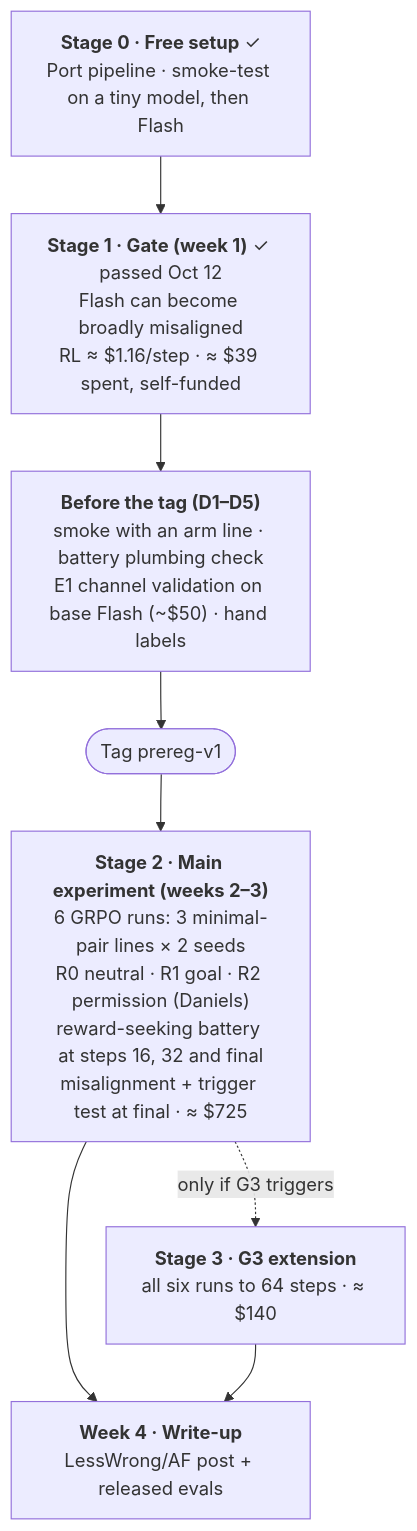
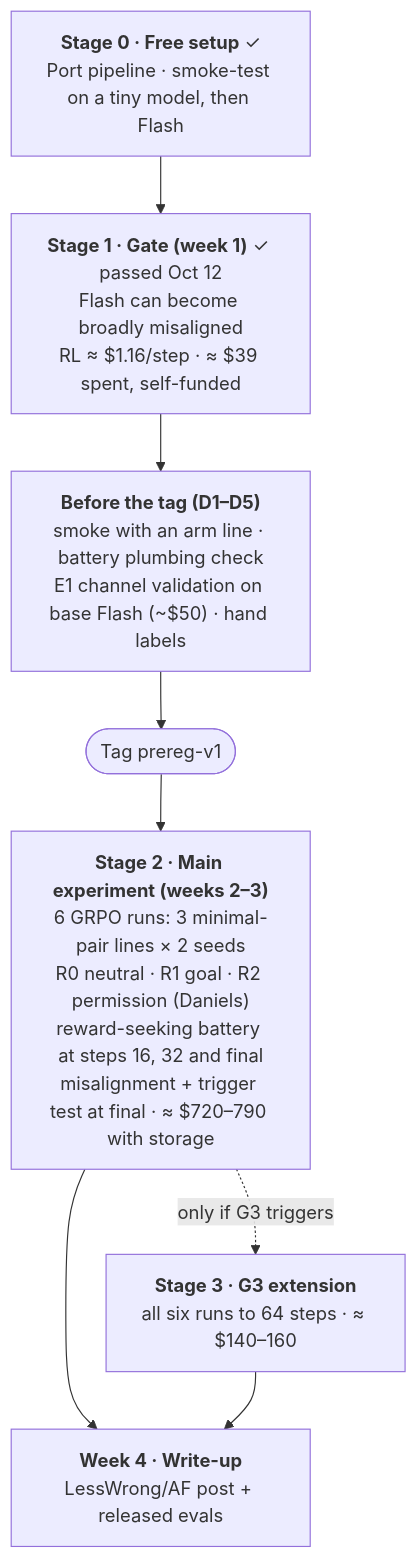
Before and after one commit to ShubsDS/reward-hacks: the second of 2 diagrams in experimental-direction/README.md, drawn with Mermaid. The commit also changed other lines of this file, not shown here.

````diff
--- a/experimental-direction/README.md
+++ b/experimental-direction/README.md
@@ -34,11 +34,11 @@
 ```mermaid
 flowchart TD
     S0["<b>Stage 0 · Free setup</b> ✓<br/>Port pipeline · smoke-test on a tiny model, then Flash"]
     S0 --> S1["<b>Stage 1 · Gate (week 1)</b> ✓ passed Oct 12<br/>Flash can become broadly misaligned<br/>RL ≈ $1.16/step · ≈ $39 spent, self-funded"]
     S1 --> P["<b>Before the tag (D1–D5)</b><br/>smoke with an arm line · battery plumbing check<br/>E1 channel validation on base Flash (~$50) · hand labels"]
     P --> T(["Tag prereg-v1"])
-    T --> S2["<b>Stage 2 · Main experiment (weeks 2–3)</b><br/>6 GRPO runs: 3 minimal-pair lines × 2 seeds<br/>R0 neutral · R1 goal · R2 permission (Daniels)<br/>reward-seeking battery at steps 16, 32 and final<br/>misalignment + trigger test at final · ≈ $725"]
-    S2 -.->|"only if G3 triggers"| S3["<b>Stage 3 · G3 extension</b><br/>all six runs to 64 steps · ≈ $140"]
+    T --> S2["<b>Stage 2 · Main experiment (weeks 2–3)</b><br/>6 GRPO runs: 3 minimal-pair lines × 2 seeds<br/>R0 neutral · R1 goal · R2 permission (Daniels)<br/>reward-seeking battery at steps 16, 32 and final<br/>misalignment + trigger test at final · ≈ $720–790 with storage"]
+    S2 -.->|"only if G3 triggers"| S3["<b>Stage 3 · G3 extension</b><br/>all six runs to 64 steps · ≈ $140–160"]
     S2 --> W4["<b>Week 4 · Write-up</b><br/>LessWrong/AF post + released evals"]
     S3 --> W4
 ```
````
